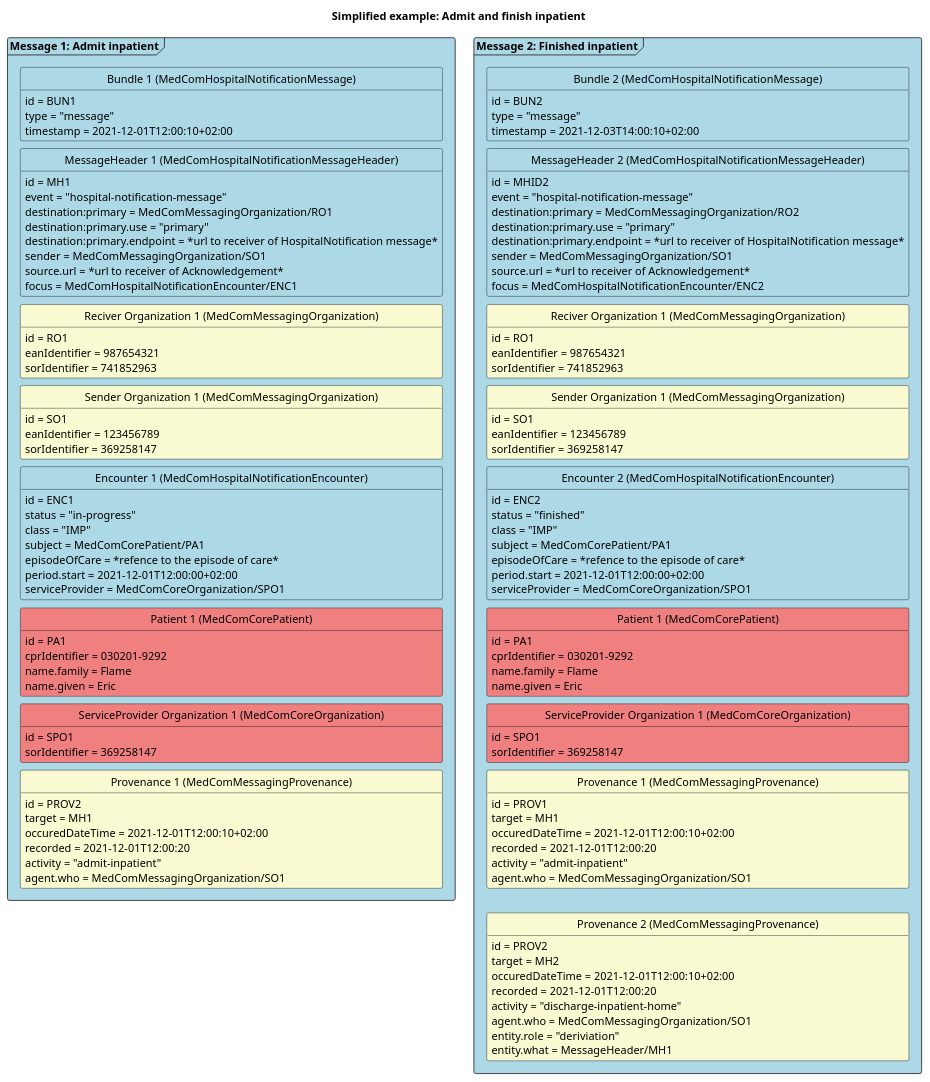
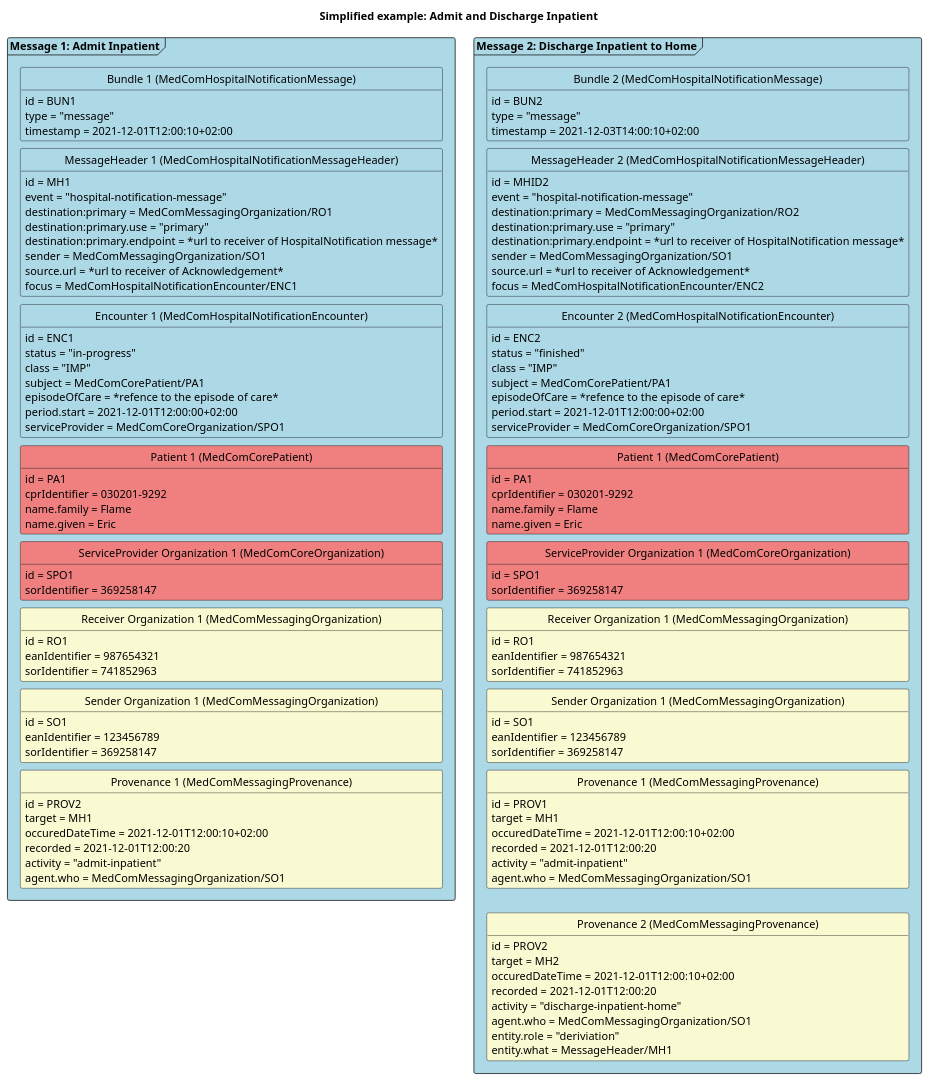
One commit to tmsMedcom/GitHubPagesTest changed the diagram in puml/HospitalNotificationAdmitFinish.puml. Above: the diagram before and after it, drawn with PlantUML. The commit also changed 5 other files, not shown here.

```diff
--- a/puml/HospitalNotificationAdmitFinish.puml
+++ b/puml/HospitalNotificationAdmitFinish.puml
@@ -1,161 +1,161 @@
 @startuml HNAdmitFinish
 
 'layout
 skinparam class {
     BackgroundColor White
     BorderColor Black
     ArrowColor Black
   }
 hide circle
 hide empty members
 skinparam SameClassWidth true
 skinparam Ranksep 10
 
 
 'title
-title Simplified example: Admit and finish inpatient
+title Simplified example: Admit and Discharge Inpatient
 
 'Message 1: Admit inpatient
-package "Message 1: Admit inpatient" as admit <<Frame>> #LightBlue{
+package "Message 1: Admit Inpatient" as admit <<Frame>> #LightBlue{
     class "Bundle 1 (MedComHospitalNotificationMessage)" as admitB #LightBlue{
         id = BUN1
         type = "message"
         timestamp = 2021-12-01T12:00:10+02:00
     }
     class "MessageHeader 1 (MedComHospitalNotificationMessageHeader)" as admitMH #LightBlue{
         id = MH1
         event = "hospital-notification-message"
         destination:primary = MedComMessagingOrganization/RO1
         destination:primary.use = "primary"
         destination:primary.endpoint = *url to receiver of HospitalNotification message*
         sender = MedComMessagingOrganization/SO1
         source.url = *url to receiver of Acknowledgement*
         focus = MedComHospitalNotificationEncounter/ENC1
-    }
-    class "Reciver Organization 1 (MedComMessagingOrganization)" as admitROrg #LightGoldenRodYellow{
-        id = RO1
-        eanIdentifier = 987654321
-        sorIdentifier = 741852963
-    }
-    class "Sender Organization 1 (MedComMessagingOrganization)" as admitSOrg #LightGoldenRodYellow{
-        id = SO1
-        eanIdentifier = 123456789
-        sorIdentifier = 369258147
     }
     class "Encounter 1 (MedComHospitalNotificationEncounter)" as admitENC #LightBlue{
         id = ENC1
         status = "in-progress"
         class = "IMP"
         subject = MedComCorePatient/PA1
         episodeOfCare = *refence to the episode of care*
         period.start = 2021-12-01T12:00:00+02:00
         serviceProvider = MedComCoreOrganization/SPO1
     }
     class "Patient 1 (MedComCorePatient)" as admitPT #LightCoral{
         id = PA1
         cprIdentifier = 030201-9292
         name.family = Flame
         name.given = Eric
     }
     class "ServiceProvider Organization 1 (MedComCoreOrganization)" as admitSPOrg #LightCoral{
         id = SPO1
         sorIdentifier = 369258147
     }
+    class "Receiver Organization 1 (MedComMessagingOrganization)" as admitROrg #LightGoldenRodYellow{
+        id = RO1
+        eanIdentifier = 987654321
+        sorIdentifier = 741852963
+    }
+    class "Sender Organization 1 (MedComMessagingOrganization)" as admitSOrg #LightGoldenRodYellow{
+        id = SO1
+        eanIdentifier = 123456789
+        sorIdentifier = 369258147
+    }
     class "Provenance 1 (MedComMessagingProvenance)" as admitPRO #LightGoldenRodYellow{
         id = PROV2
         target = MH1
         occuredDateTime = 2021-12-01T12:00:10+02:00
         recorded = 2021-12-01T12:00:20
         activity = "admit-inpatient"
         agent.who = MedComMessagingOrganization/SO1
     }
 
 admitB -[hidden]- admitMH
-admitMH -[hidden]- admitROrg
-admitROrg-[hidden]-admitSOrg
-admitSOrg-[hidden]-admitENC
+admitMH -[hidden]- admitENC
 admitENC-[hidden]-admitPT
 admitPT-[hidden]-admitSPOrg
-admitSPOrg-[hidden]-admitPRO
+admitSPOrg-[hidden]-admitROrg
+admitROrg-[hidden]-admitSOrg
+admitSOrg-[hidden]-admitPRO
 }
 
 'Message 2: Finished inpatient
-package "Message 2: Finished inpatient" as finished <<Frame>> #LightBlue{
+package "Message 2: Discharge Inpatient to Home" as finished <<Frame>> #LightBlue{
     class "Bundle 2 (MedComHospitalNotificationMessage)" as finishedB #LightBlue{
         id = BUN2
         type = "message"
         timestamp = 2021-12-03T14:00:10+02:00
     }
     class "MessageHeader 2 (MedComHospitalNotificationMessageHeader)" as finishedMH #LightBlue{
         id = MHID2
         event = "hospital-notification-message"
         destination:primary = MedComMessagingOrganization/RO2
         destination:primary.use = "primary"
         destination:primary.endpoint = *url to receiver of HospitalNotification message*
         sender = MedComMessagingOrganization/SO1
         source.url = *url to receiver of Acknowledgement*
         focus = MedComHospitalNotificationEncounter/ENC2
-    }
-    class "Reciver Organization 1 (MedComMessagingOrganization)" as finishedROrg #LightGoldenRodYellow{
-        id = RO1
-        eanIdentifier = 987654321
-        sorIdentifier = 741852963
-    }
-    class "Sender Organization 1 (MedComMessagingOrganization)" as finishedSOrg #LightGoldenRodYellow{
-        id = SO1
-        eanIdentifier = 123456789
-        sorIdentifier = 369258147
     }
     class "Encounter 2 (MedComHospitalNotificationEncounter)" as finishedENC #LightBlue{
         id = ENC2
         status = "finished"
         class = "IMP"
         subject = MedComCorePatient/PA1
         episodeOfCare = *refence to the episode of care*
         period.start = 2021-12-01T12:00:00+02:00
         serviceProvider = MedComCoreOrganization/SPO1
     }
     class "Patient 1 (MedComCorePatient)" as finishedPT #LightCoral{
         id = PA1
         cprIdentifier = 030201-9292
         name.family = Flame
         name.given = Eric
     }
     class "ServiceProvider Organization 1 (MedComCoreOrganization)" as finishedSPOrg #LightCoral{
         id = SPO1 
+        sorIdentifier = 369258147
+    }    
+    class "Receiver Organization 1 (MedComMessagingOrganization)" as finishedROrg #LightGoldenRodYellow{
+        id = RO1
+        eanIdentifier = 987654321
+        sorIdentifier = 741852963
+    }
+    class "Sender Organization 1 (MedComMessagingOrganization)" as finishedSOrg #LightGoldenRodYellow{
+        id = SO1
+        eanIdentifier = 123456789
         sorIdentifier = 369258147
     }    
     class "Provenance 1 (MedComMessagingProvenance)" as admitfinishedPRO #LightGoldenRodYellow{
         id = PROV1
         target = MH1
         occuredDateTime = 2021-12-01T12:00:10+02:00
         recorded = 2021-12-01T12:00:20
         activity = "admit-inpatient"
         agent.who = MedComMessagingOrganization/SO1
     }
     class "Provenance 2 (MedComMessagingProvenance)" as finishedPRO #LightGoldenRodYellow{
         id = PROV2        
         target = MH2
         occuredDateTime = 2021-12-01T12:00:10+02:00
         recorded = 2021-12-01T12:00:20
         activity = "discharge-inpatient-home"
         agent.who = MedComMessagingOrganization/SO1
         entity.role = "deriviation"
         entity.what = MessageHeader/MH1
     }
 finishedB-[hidden]-finishedMH
-finishedMH-[hidden]-finishedROrg
-finishedROrg-[hidden]-finishedSOrg
-finishedSOrg-[hidden]-finishedENC
+finishedMH-[hidden]-finishedENC
 finishedENC-[hidden]-finishedPT
 finishedPT-[hidden]-finishedSPOrg
-finishedSPOrg-[hidden]-admitfinishedPRO
+finishedSPOrg-[hidden]-finishedROrg
+finishedROrg-[hidden]-finishedSOrg
+finishedSOrg-[hidden]-admitfinishedPRO
 admitfinishedPRO-[hidden]-finishedPRO
 
 }
 
 ' pile mellem de to beskeder
 ' admit --> finished
 
 
 @enduml
```
